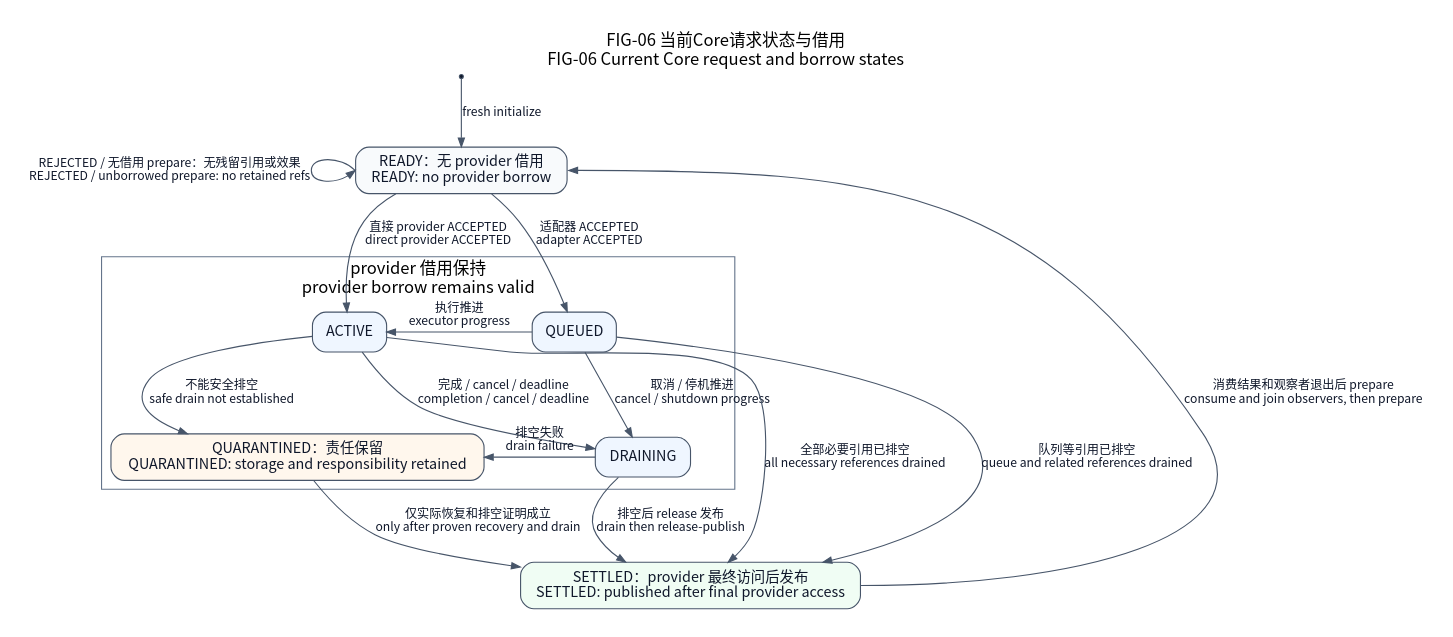
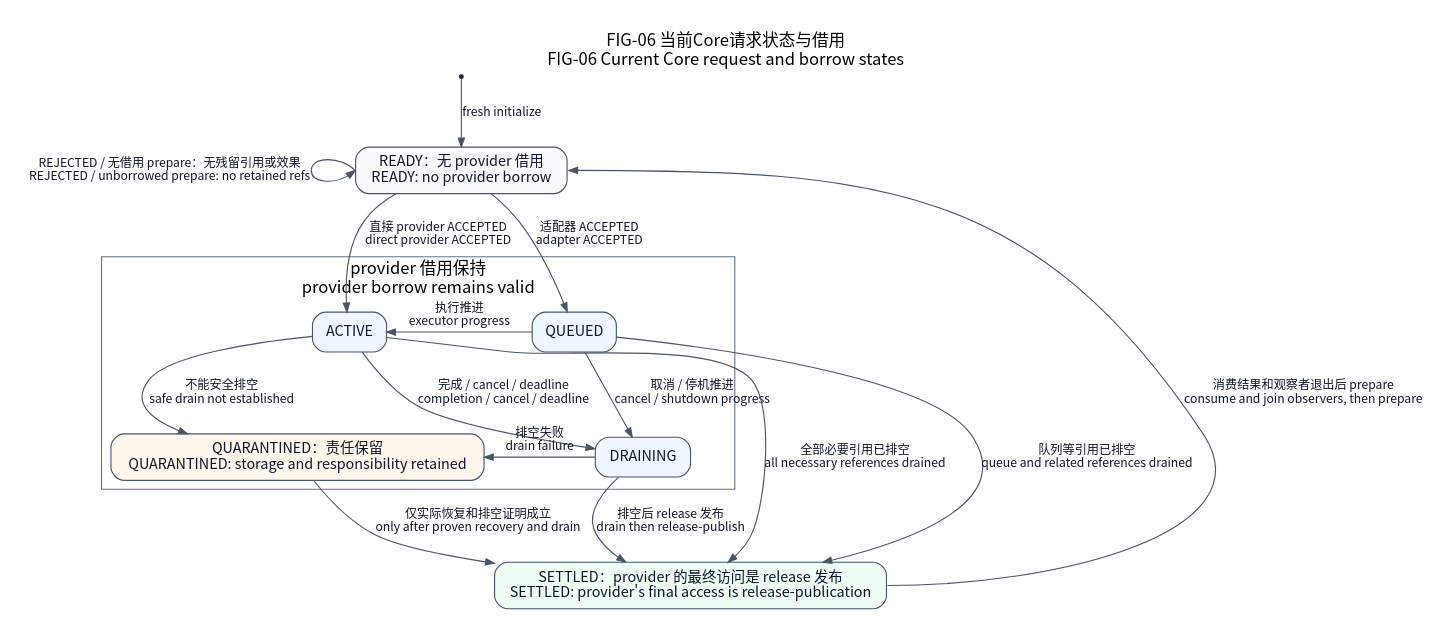
One commit to X-Gen-Lab/nexus changed the diagram in docs/assets/diagrams/request-lifecycle.dot. Above: the diagram before and after it, drawn with Graphviz. The commit also changed 279 other files, not shown here.

```diff
--- a/docs/assets/diagrams/request-lifecycle.dot
+++ b/docs/assets/diagrams/request-lifecycle.dot
@@ -1,38 +1,38 @@
 // FIG-06 current: Core request helper transitions and ownership conditions.
 // Code basis: 0111c8d3b9c7b37d258b9c401070305b13b6f3a1.
 // REJECTED and ACCEPTED are admission results, not request enum states.
 digraph requestLifecycle {
     graph [label="FIG-06 当前Core请求状态与借用\nFIG-06 Current Core request and borrow states", fontname="Noto Sans CJK SC", fontsize=15, labelloc=t, rankdir=TB, bgcolor="white", pad=0.25, nodesep=0.55, ranksep=0.70];
     node [shape=box, style="rounded,filled", fillcolor="#eff6ff",
           color="#475569", fontcolor="#0f172a", fontname="Noto Sans CJK SC",
           fontsize=13, margin="0.16,0.10"];
     edge [color="#475569", fontcolor="#0f172a",
           fontname="Noto Sans CJK SC", fontsize=11, arrowsize=0.8];
     fresh [shape=point, label="", fillcolor="#0f172a"];
     ready [label="READY：无 provider 借用\nREADY: no provider borrow", fillcolor="#f8fafc"];
-    settled [label="SETTLED：provider 最终访问后发布\nSETTLED: published after final provider access", fillcolor="#f0fdf4"];
+    settled [label="SETTLED：provider 的最终访问是 release 发布\nSETTLED: provider's final access is release-publication", fillcolor="#f0fdf4"];
     subgraph clusterBorrowed {
         label="provider 借用保持\nprovider borrow remains valid"; color="#64748b"; fontname="Noto Sans CJK SC";
         queued [label="QUEUED"];
         active [label="ACTIVE"];
         draining [label="DRAINING"];
         quarantined [label="QUARANTINED：责任保留\nQUARANTINED: storage and responsibility retained", fillcolor="#fff7ed"];
         { rank=same; queued; active; }
         { rank=same; draining; quarantined; }
     }
     fresh -> ready [label="fresh initialize"];
     ready:w -> ready:w [label="REJECTED / 无借用 prepare：无残留引用或效果\nREJECTED / unborrowed prepare: no retained refs"];
     ready -> queued [label="适配器 ACCEPTED\nadapter ACCEPTED"];
     ready -> active [label="直接 provider ACCEPTED\ndirect provider ACCEPTED"];
     queued -> active [label="执行推进\nexecutor progress", constraint=false];
     queued -> draining [label="取消 / 停机推进\ncancel / shutdown progress"];
     active -> draining [label="完成 / cancel / deadline\ncompletion / cancel / deadline"];
     active -> quarantined [label="不能安全排空\nsafe drain not established"];
     draining -> quarantined [label="排空失败\ndrain failure", constraint=false];
     queued -> settled [label="队列等引用已排空\nqueue and related references drained"];
     active -> settled [label="全部必要引用已排空\nall necessary references drained"];
     draining -> settled [label="排空后 release 发布\ndrain then release-publish"];
     quarantined -> settled [label="仅实际恢复和排空证明成立\nonly after proven recovery and drain"];
     settled:e -> ready:e [label="消费结果和观察者退出后 prepare\nconsume and join observers, then prepare",
                           constraint=false];
 }
```
